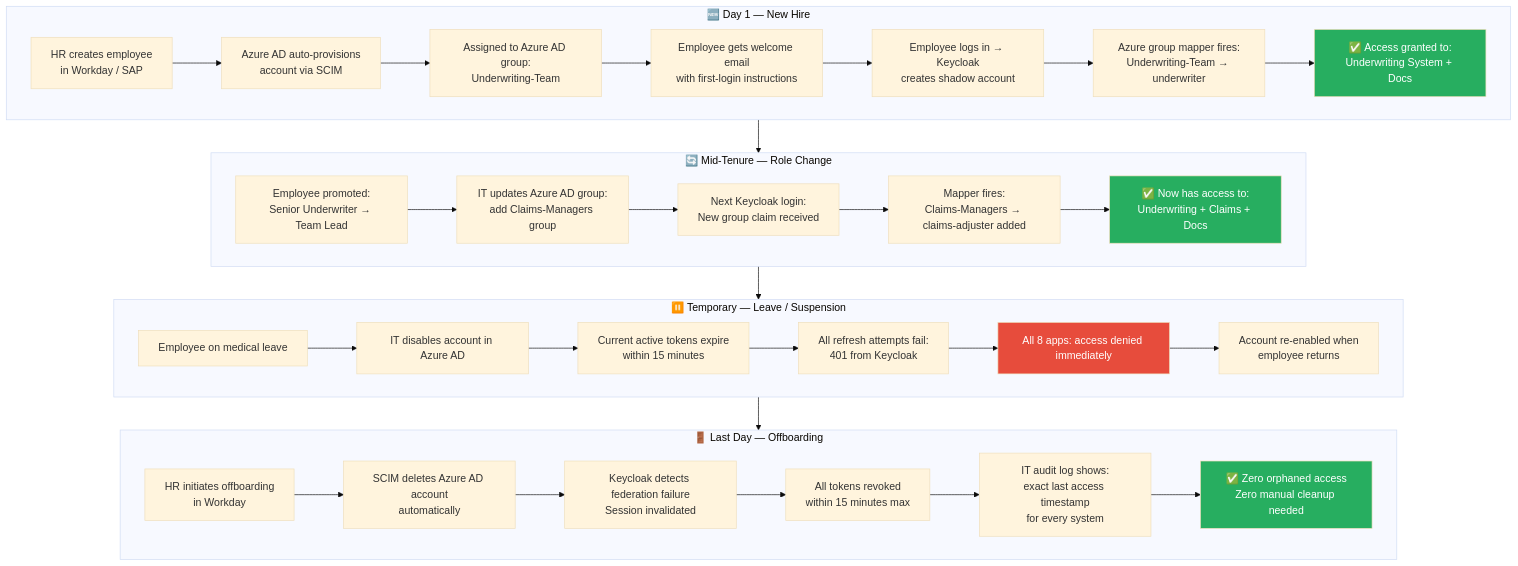
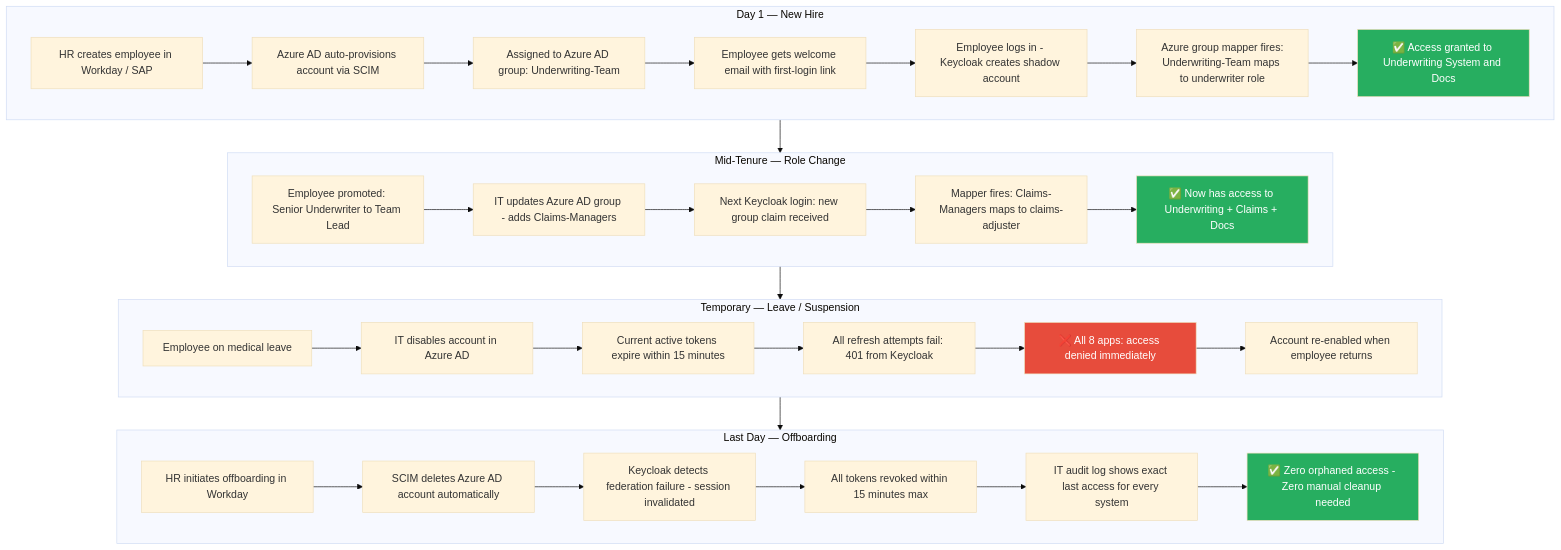
Before and after one commit to Mannokuruba/sso-keyclock: diagram 12 of 21 in docs/INSURANCE-SSO-DESIGN.md, drawn with Mermaid (base theme). The commit also changed other lines of this file, not shown here.

Commit message:
fix: resolve Mermaid parse errors in insurance SSO diagrams

````diff
--- a/docs/INSURANCE-SSO-DESIGN.md
+++ b/docs/INSURANCE-SSO-DESIGN.md
@@ -527,41 +512,41 @@
 ```mermaid
 flowchart TD
-    subgraph HIRE["🆕 Day 1 — New Hire"]
-        H1[HR creates employee\nin Workday / SAP] --> H2[Azure AD auto-provisions\naccount via SCIM]
-        H2 --> H3[Assigned to Azure AD group:\nUnderwriting-Team]
-        H3 --> H4[Employee gets welcome email\nwith first-login instructions]
-        H4 --> H5[Employee logs in → Keycloak\ncreates shadow account]
-        H5 --> H6[Azure group mapper fires:\nUnderwriting-Team → underwriter]
-        H6 --> H7[✅ Access granted to:\nUnderwriting System + Docs]
+    subgraph HIRE["Day 1 — New Hire"]
+        H1["HR creates employee in Workday / SAP"] --> H2["Azure AD auto-provisions account via SCIM"]
+        H2 --> H3["Assigned to Azure AD group: Underwriting-Team"]
+        H3 --> H4["Employee gets welcome email with first-login link"]
+        H4 --> H5["Employee logs in - Keycloak creates shadow account"]
+        H5 --> H6["Azure group mapper fires:<br/>Underwriting-Team maps to underwriter role"]
+        H6 --> H7["✅ Access granted to Underwriting System and Docs"]
     end
 
-    subgraph CHANGE["🔄 Mid-Tenure — Role Change"]
-        C1[Employee promoted:\nSenior Underwriter → Team Lead] --> C2[IT updates Azure AD group:\nadd Claims-Managers group]
-        C2 --> C3[Next Keycloak login:\nNew group claim received]
-        C3 --> C4[Mapper fires:\nClaims-Managers → claims-adjuster added]
-        C4 --> C5[✅ Now has access to:\nUnderwriting + Claims + Docs]
+    subgraph CHANGE["Mid-Tenure — Role Change"]
+        C1["Employee promoted: Senior Underwriter to Team Lead"] --> C2["IT updates Azure AD group - adds Claims-Managers"]
+        C2 --> C3["Next Keycloak login: new group claim received"]
+        C3 --> C4["Mapper fires: Claims-Managers maps to claims-adjuster"]
+        C4 --> C5["✅ Now has access to Underwriting + Claims + Docs"]
     end
 
-    subgraph TEMP["⏸️ Temporary — Leave / Suspension"]
-        T1[Employee on medical leave] --> T2[IT disables account in Azure AD]
-        T2 --> T3[Current active tokens expire\nwithin 15 minutes]
-        T3 --> T4[All refresh attempts fail:\n401 from Keycloak]
-        T4 --> T5[All 8 apps: access denied immediately]
-        T5 --> T6[Account re-enabled when\nemployee returns]
+    subgraph TEMP["Temporary — Leave / Suspension"]
+        T1["Employee on medical leave"] --> T2["IT disables account in Azure AD"]
+        T2 --> T3["Current active tokens expire within 15 minutes"]
+        T3 --> T4["All refresh attempts fail: 401 from Keycloak"]
+        T4 --> T5["❌ All 8 apps: access denied immediately"]
+        T5 --> T6["Account re-enabled when employee returns"]
     end
 
-    subgraph LEAVE["🚪 Last Day — Offboarding"]
-        L1[HR initiates offboarding\nin Workday] --> L2[SCIM deletes Azure AD account\nautomatically]
-        L2 --> L3[Keycloak detects federation failure\nSession invalidated]
-        L3 --> L4[All tokens revoked\nwithin 15 minutes max]
-        L4 --> L5[IT audit log shows:\nexact last access timestamp\nfor every system]
-        L5 --> L6[✅ Zero orphaned access\nZero manual cleanup needed]
+    subgraph LEAVE["Last Day — Offboarding"]
+        L1["HR initiates offboarding in Workday"] --> L2["SCIM deletes Azure AD account automatically"]
+        L2 --> L3["Keycloak detects federation failure - session invalidated"]
+        L3 --> L4["All tokens revoked within 15 minutes max"]
+        L4 --> L5["IT audit log shows exact last access for every system"]
+        L5 --> L6["✅ Zero orphaned access - Zero manual cleanup needed"]
     end
 
     HIRE --> CHANGE --> TEMP --> LEAVE
 
     style H7 fill:#27ae60,color:#fff
     style C5 fill:#27ae60,color:#fff
     style T5 fill:#e74c3c,color:#fff
     style L6 fill:#27ae60,color:#fff
 ```
````
